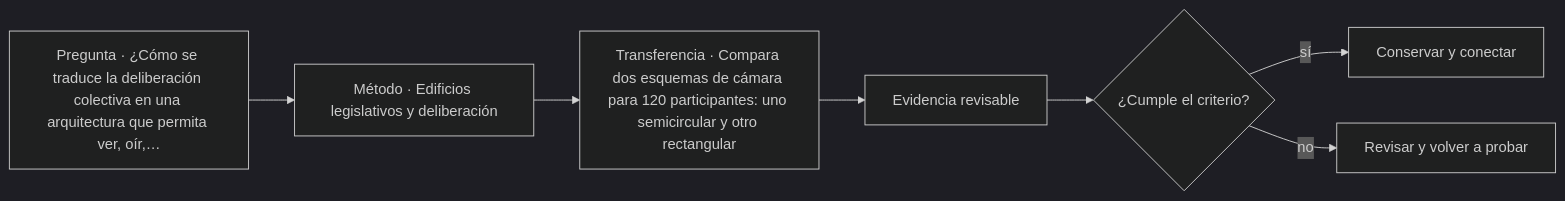
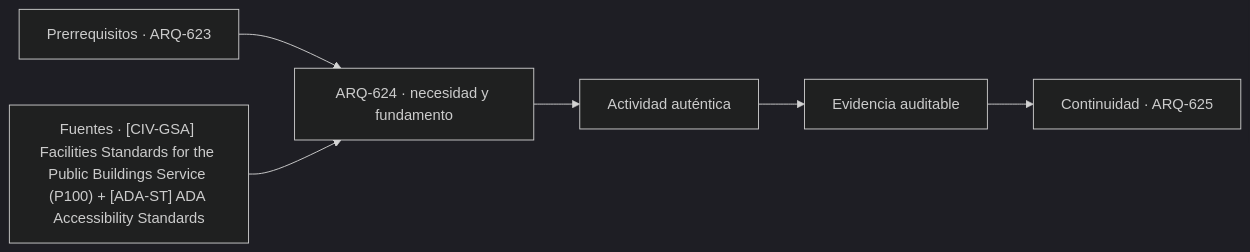
Before and after one commit to vladimiracunadev-create/architecture-built-environment-learning-program: the diagram in classes/parte-63/ARQ-624.md, drawn with Mermaid (dark theme). The commit also changed other lines of this file and 761 other files, not shown here.

````diff
--- a/classes/parte-63/ARQ-624.md
+++ b/classes/parte-63/ARQ-624.md
@@ -58,9 +70,8 @@
 ```mermaid
 flowchart LR
-    Q["Pregunta · ¿Cómo se traduce la deliberación colectiva en una arquitectura que permita ver, oír,…"] --> M["Método · Edificios legislativos y deliberación"]
-    M --> P["Transferencia · Compara dos esquemas de cámara para 120 participantes: uno semicircular y otro rectangular"]
-    P --> E["Evidencia revisable"]
-    E --> C{"¿Cumple el criterio?"}
-    C -->|sí| T["Conservar y conectar"]
-    C -->|no| R["Revisar y volver a probar"]
+    A["Prerrequisitos · ARQ-623"] --> B["ARQ-624 · necesidad y fundamento"]
+    S["Fuentes · [CIV-GSA] Facilities Standards for the Public Buildings Service (P100) + [ADA-ST] ADA Accessibility Standards"] --> B
+    B --> C["Actividad auténtica"]
+    C --> D["Evidencia auditable"]
+    D --> E["Continuidad · ARQ-625"]
 ```
````
